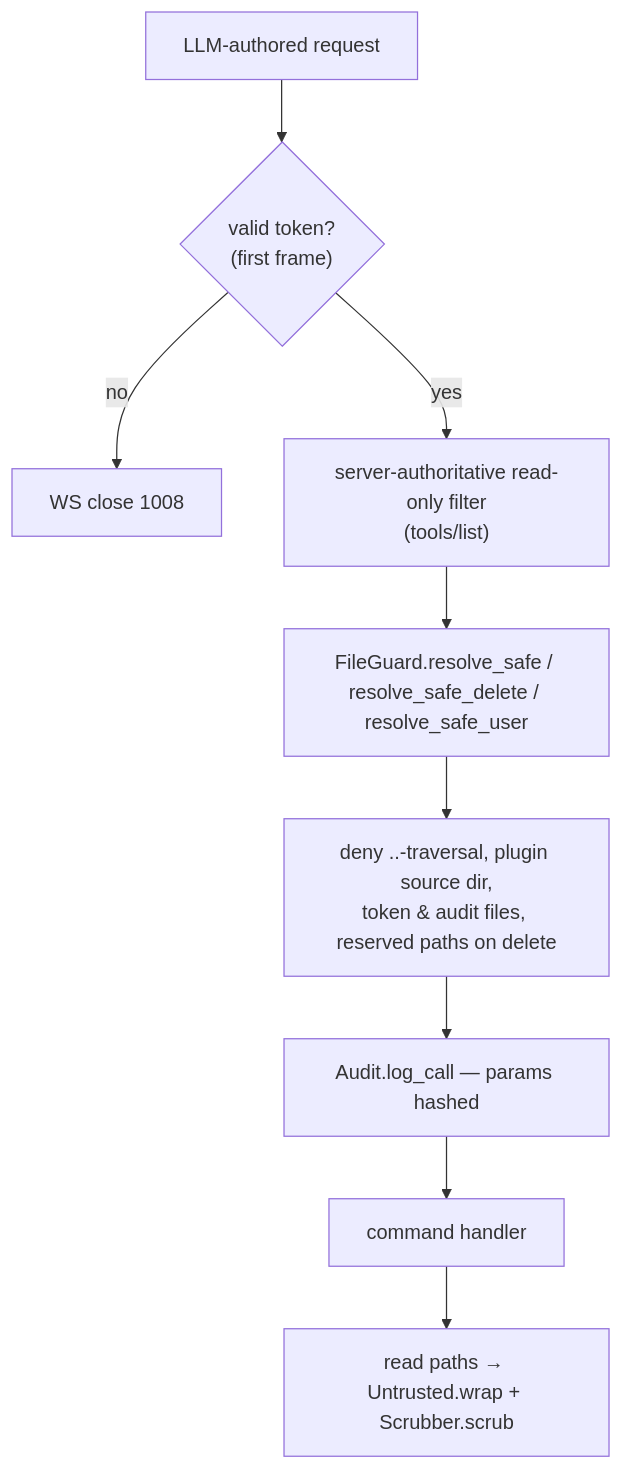
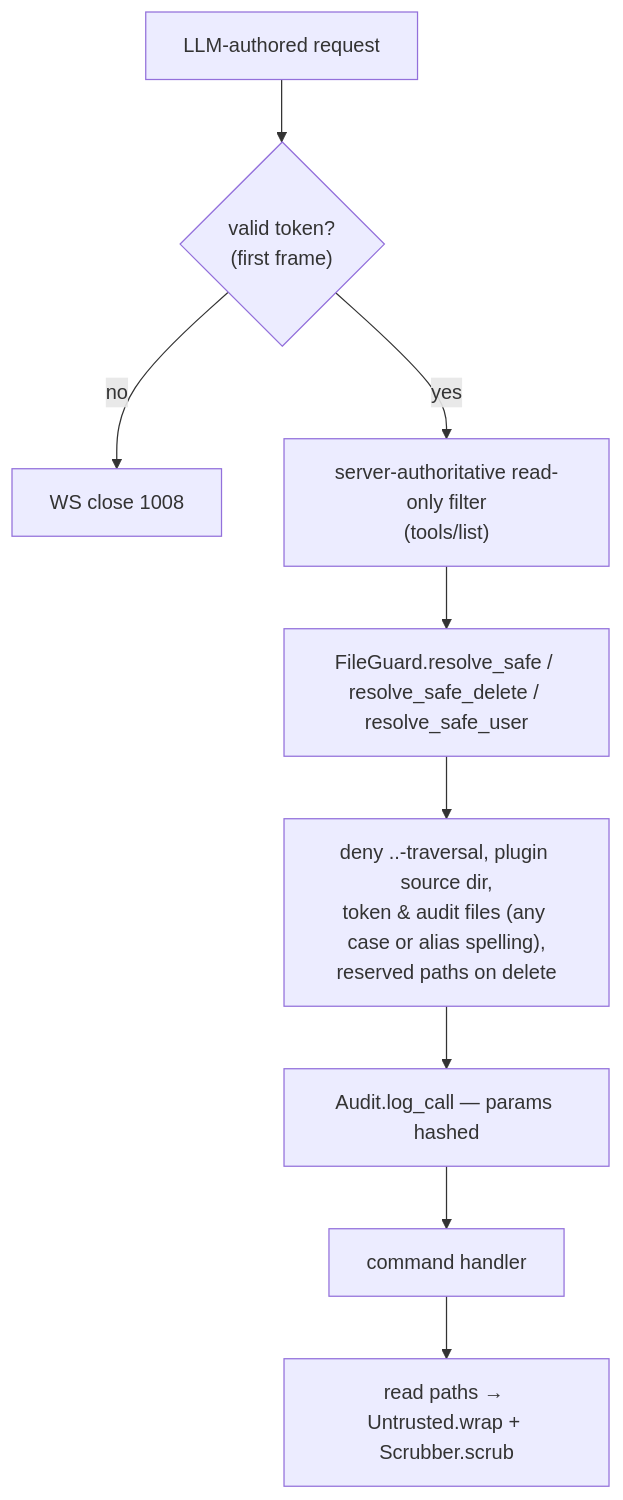
One commit to NPGameDev/godot-mcp-toolkit changed diagram 13 of 13 in docs/architecture/README.md. Above: the diagram before and after it, drawn with Mermaid. The commit also changed other lines of this file and 1 other file, not shown here.

First line of the commit message:
docs(architecture): re-attest the sections the case-folded guard touched

````diff
--- a/docs/architecture/README.md
+++ b/docs/architecture/README.md
@@ -717,11 +717,11 @@
 ```mermaid
 flowchart TD
     llm["LLM-authored request"] --> token{"valid token?<br/>(first frame)"}
     token -->|no| close["WS close 1008"]
     token -->|yes| filter["server-authoritative read-only filter<br/>(tools/list)"]
     filter --> guard["FileGuard.resolve_safe / resolve_safe_delete / resolve_safe_user"]
-    guard --> deny["deny ..-traversal, plugin source dir,<br/>token & audit files, reserved paths on delete"]
+    guard --> deny["deny ..-traversal, plugin source dir,<br/>token & audit files (any case or alias spelling),<br/>reserved paths on delete"]
     deny --> audit["Audit.log_call — params hashed"]
     audit --> handler["command handler"]
     handler --> wrap["read paths → Untrusted.wrap + Scrubber.scrub"]
 ```
````
